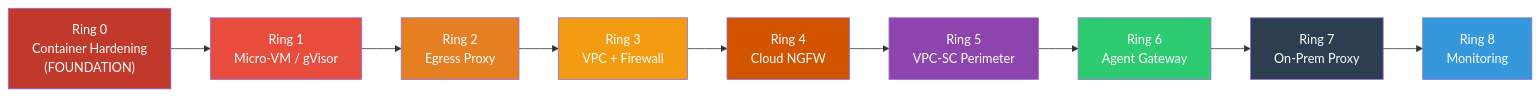
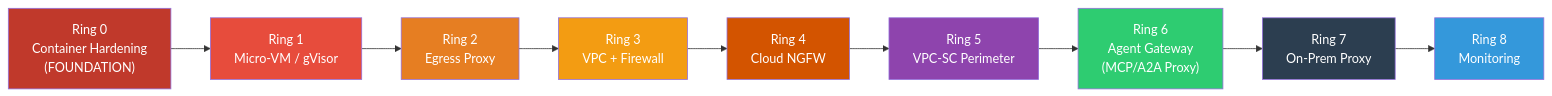
One commit to prashantkul/anthropic-mythos-on-gcp changed the fourth of 12 diagrams in APPROACH.md. Above: the diagram before and after it, drawn with Mermaid. The commit also changed other lines of this file and 2 other files, not shown here.

First line of the commit message:
Replace custom gateway code with Agent Gateway (MCP/A2A proxy)

````diff
--- a/APPROACH.md
+++ b/APPROACH.md
@@ -202,21 +202,21 @@
 ```mermaid
 graph LR
     R0["Ring 0\nContainer Hardening\n(FOUNDATION)"] --> R1["Ring 1\nMicro-VM / gVisor"]
     R1 --> R2["Ring 2\nEgress Proxy"]
     R2 --> R3["Ring 3\nVPC + Firewall"]
     R3 --> R4["Ring 4\nCloud NGFW"]
     R4 --> R5["Ring 5\nVPC-SC Perimeter"]
-    R5 --> R6["Ring 6\nAgent Gateway"]
+    R5 --> R6["Ring 6\nAgent Gateway\n(MCP/A2A Proxy)"]
     R6 --> R7["Ring 7\nOn-Prem Proxy"]
     R7 --> R8["Ring 8\nMonitoring"]
 
     style R0 fill:#c0392b,color:#fff
     style R1 fill:#e74c3c,color:#fff
     style R2 fill:#e67e22,color:#fff
     style R3 fill:#f39c12,color:#fff
     style R4 fill:#d35400,color:#fff
     style R5 fill:#8e44ad,color:#fff
     style R6 fill:#2ecc71,color:#fff
     style R7 fill:#2c3e50,color:#fff
     style R8 fill:#3498db,color:#fff
 ```
````
